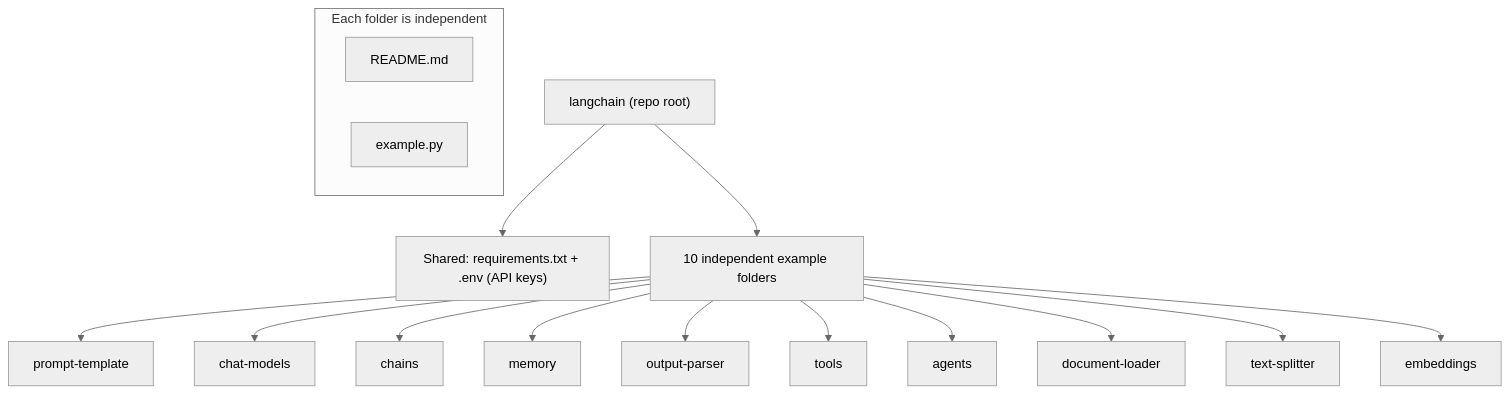
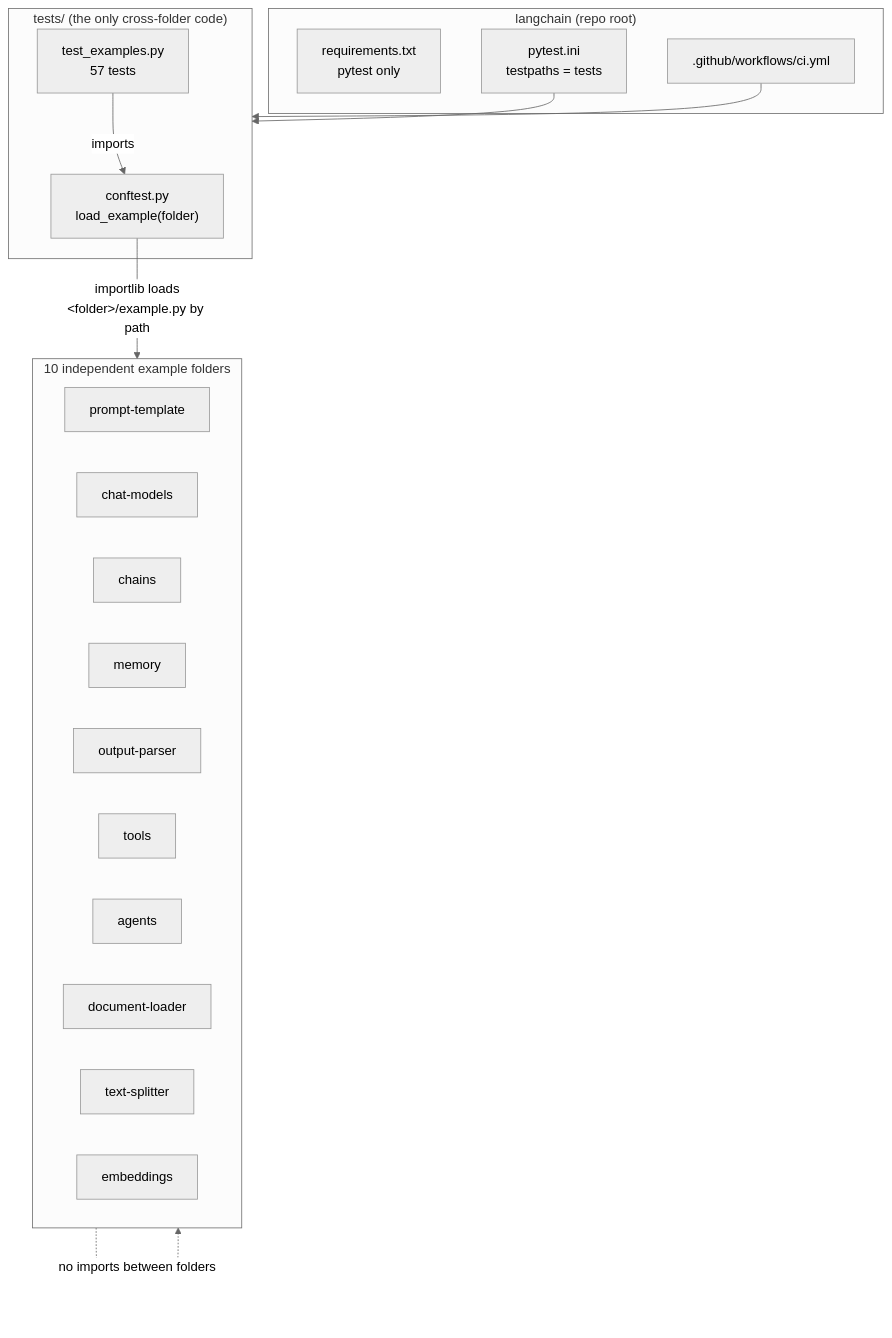
The diagram in README.md (ranjan-del/langchain), drawn with Mermaid (neutral theme) before and after one commit. The commit also changed other lines of this file and 21 other files, not shown here.

First line of the commit message:
Complete all ten examples and add per-folder READMEs

````diff
--- a/README.md
+++ b/README.md
@@ -11,23 +41,33 @@
 ```mermaid
 flowchart TD
-    Root["langchain (repo root)"]
-    Root --> Shared["Shared: requirements.txt + .env (API keys)"]
-    Root --> Examples["10 independent example folders"]
+    subgraph Repo["langchain (repo root)"]
+        REQ["requirements.txt<br/>pytest only"]
+        PYT["pytest.ini<br/>testpaths = tests"]
+        CI[".github/workflows/ci.yml"]
+    end
 
-    Examples --> PT["prompt-template"]
-    Examples --> CM["chat-models"]
-    Examples --> CH["chains"]
-    Examples --> ME["memory"]
-    Examples --> OP["output-parser"]
-    Examples --> TO["tools"]
-    Examples --> AG["agents"]
-    Examples --> DL["document-loader"]
-    Examples --> TS["text-splitter"]
-    Examples --> EM["embeddings"]
+    subgraph Harness["tests/ (the only cross-folder code)"]
+        CONF["conftest.py<br/>load_example(folder)"]
+        TESTS["test_examples.py<br/>57 tests"]
+        TESTS -->|"imports"| CONF
+    end
 
-    subgraph Folder["Each folder is independent"]
+    subgraph Folders["10 independent example folders"]
         direction LR
-        RM["README.md"]
-        EX["example.py"]
+        PT["prompt-template"]
+        CM["chat-models"]
+        CH["chains"]
+        ME["memory"]
+        OP["output-parser"]
+        TO["tools"]
+        AG["agents"]
+        DL["document-loader"]
+        TS["text-splitter"]
+        EM["embeddings"]
     end
+
+    CONF -->|"importlib loads<br/>&lt;folder&gt;/example.py by path"| Folders
+    PYT --> Harness
+    CI --> Harness
+    Folders -.->|"no imports between folders"| Folders
 ```
````
